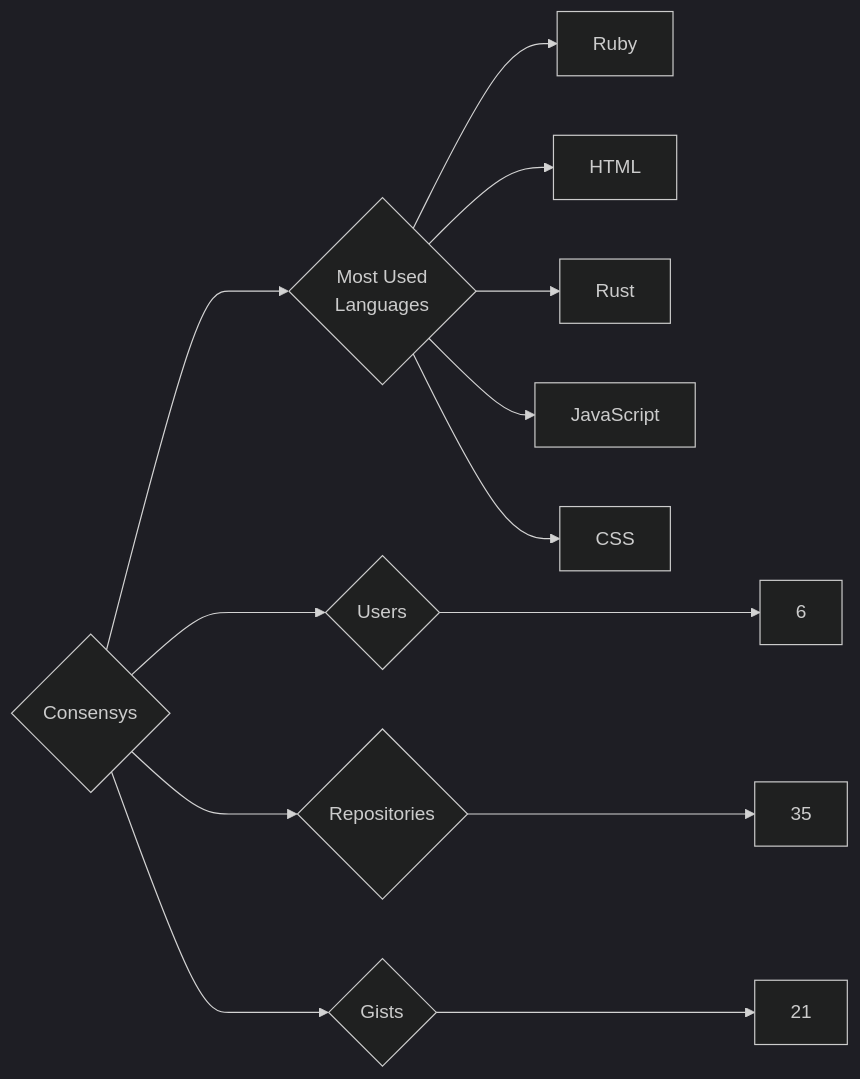
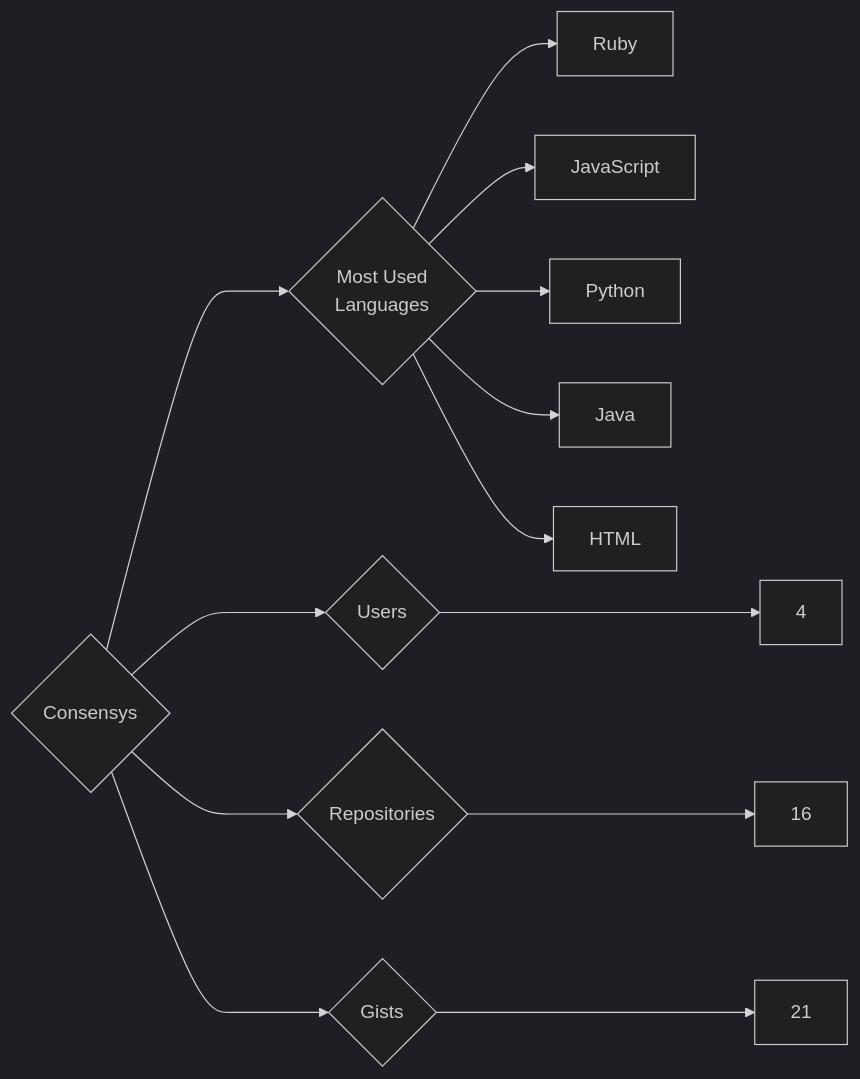
The diagram in targets/Consensys/README.md (trickest/insiders), drawn with Mermaid (dark theme) before and after one commit. The commit also changed 997 other files, not shown here.

````diff
--- a/targets/Consensys/README.md
+++ b/targets/Consensys/README.md
@@ -3,13 +3,13 @@
 ```mermaid
 graph LR
 COMPANY_NAME{Consensys}
-COMPANY_NAME ---> U{Users} ---> UN[6]
-COMPANY_NAME ---> R{Repositories} ---> RN[35]
+COMPANY_NAME ---> U{Users} ---> UN[4]
+COMPANY_NAME ---> R{Repositories} ---> RN[16]
 COMPANY_NAME ---> G{Gists} ---> GN[21]
 COMPANY_NAME ---> ML{Most Used<br>Languages}
 ML --> Ruby[Ruby]
+ML --> JavaScript[JavaScript]
+ML --> Python[Python]
+ML --> Java[Java]
 ML --> HTML[HTML]
-ML --> Rust[Rust]
-ML --> JavaScript[JavaScript]
-ML --> CSS[CSS]
 ```
````
